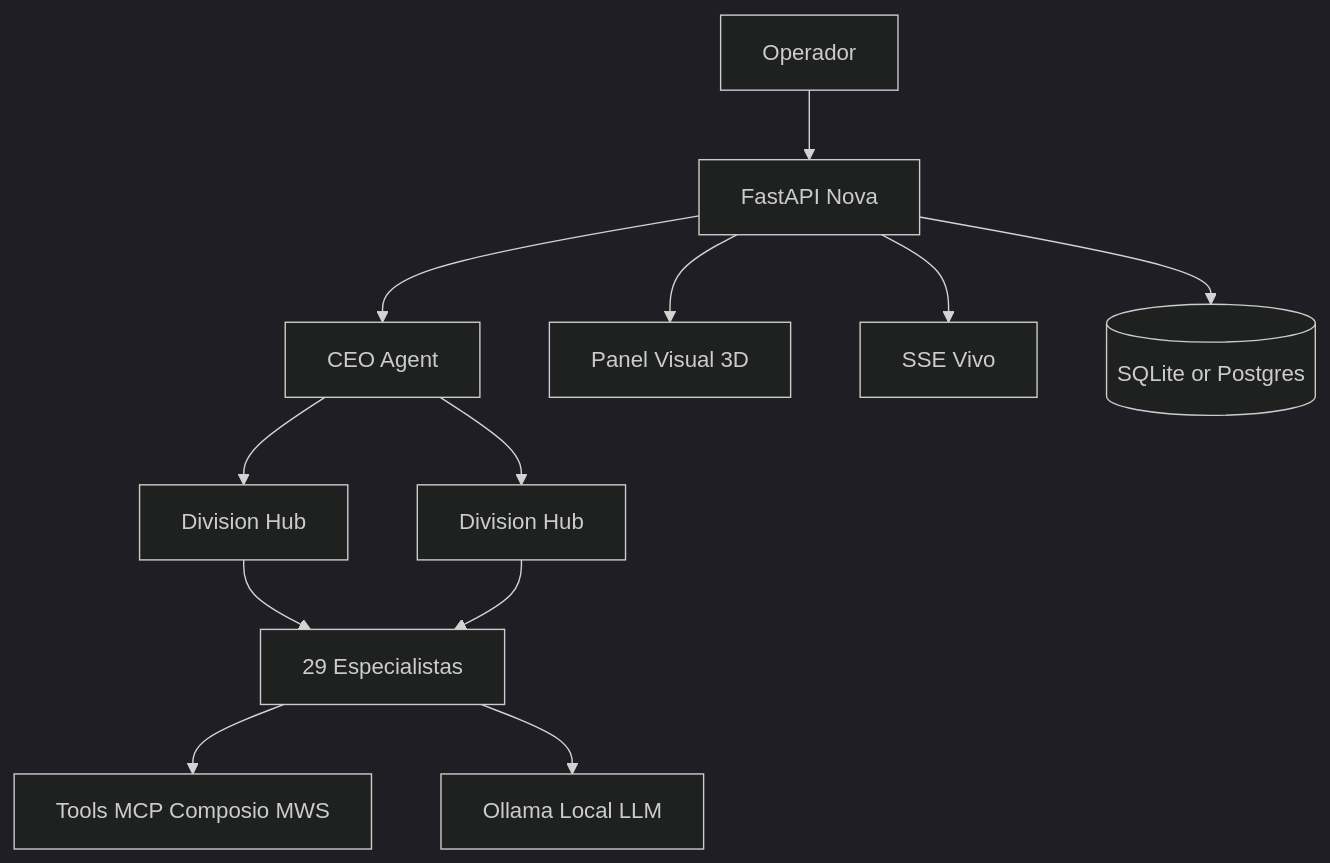
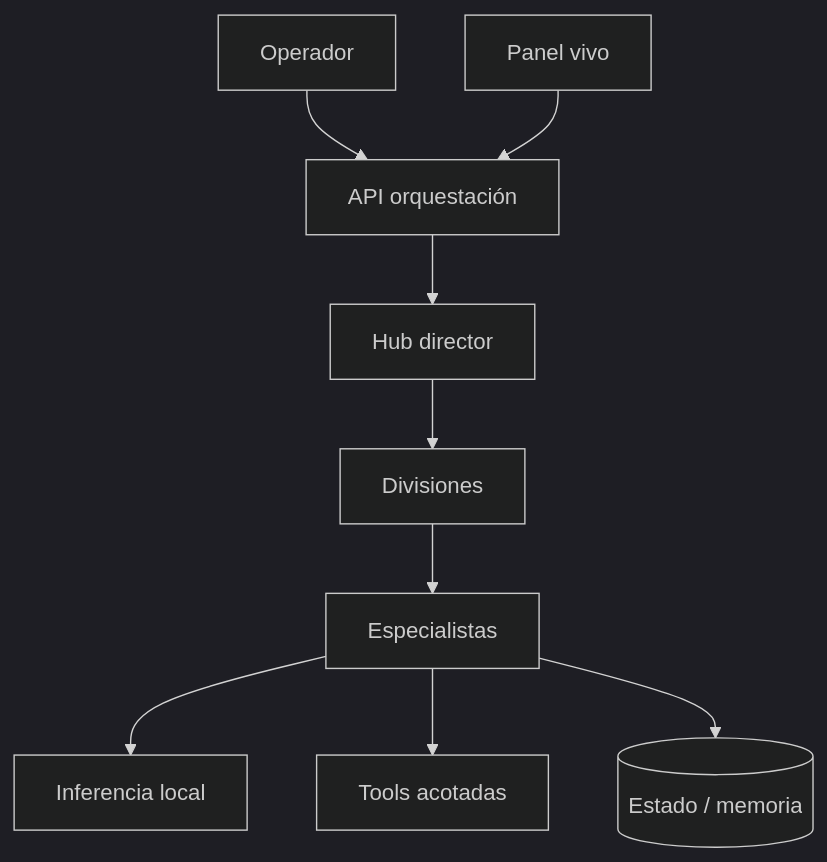
The diagram in docs/portfolio-briefs/arch/orquestacion-agentes.mmd (medellinwebsoluciones/web-ricardo), drawn with Mermaid (dark theme) before and after one commit. The commit also changed 45 other files, not shown here.

```diff
--- a/docs/portfolio-briefs/arch/orquestacion-agentes.mmd
+++ b/docs/portfolio-briefs/arch/orquestacion-agentes.mmd
@@ -1,12 +1,9 @@
 flowchart TB
-  Operator[Operador] --> API[FastAPI Nova]
-  API --> CEO[CEO Agent]
-  CEO --> D1[Division Hub]
-  CEO --> D2[Division Hub]
-  D1 --> Specs[29 Especialistas]
-  D2 --> Specs
-  Specs --> Tools[Tools MCP Composio MWS]
-  Specs --> LLM[Ollama Local LLM]
-  API --> Visual[Panel Visual 3D]
-  API --> Vivo[SSE Vivo]
-  API --> DB[(SQLite or Postgres)]
+  Op[Operador] --> API[API orquestación]
+  UI[Panel vivo] --> API
+  API --> Hub[Hub director]
+  Hub --> Div[Divisiones]
+  Div --> Spec[Especialistas]
+  Spec --> LLM[Inferencia local]
+  Spec --> Tools[Tools acotadas]
+  Spec --> DB[(Estado / memoria)]
```
